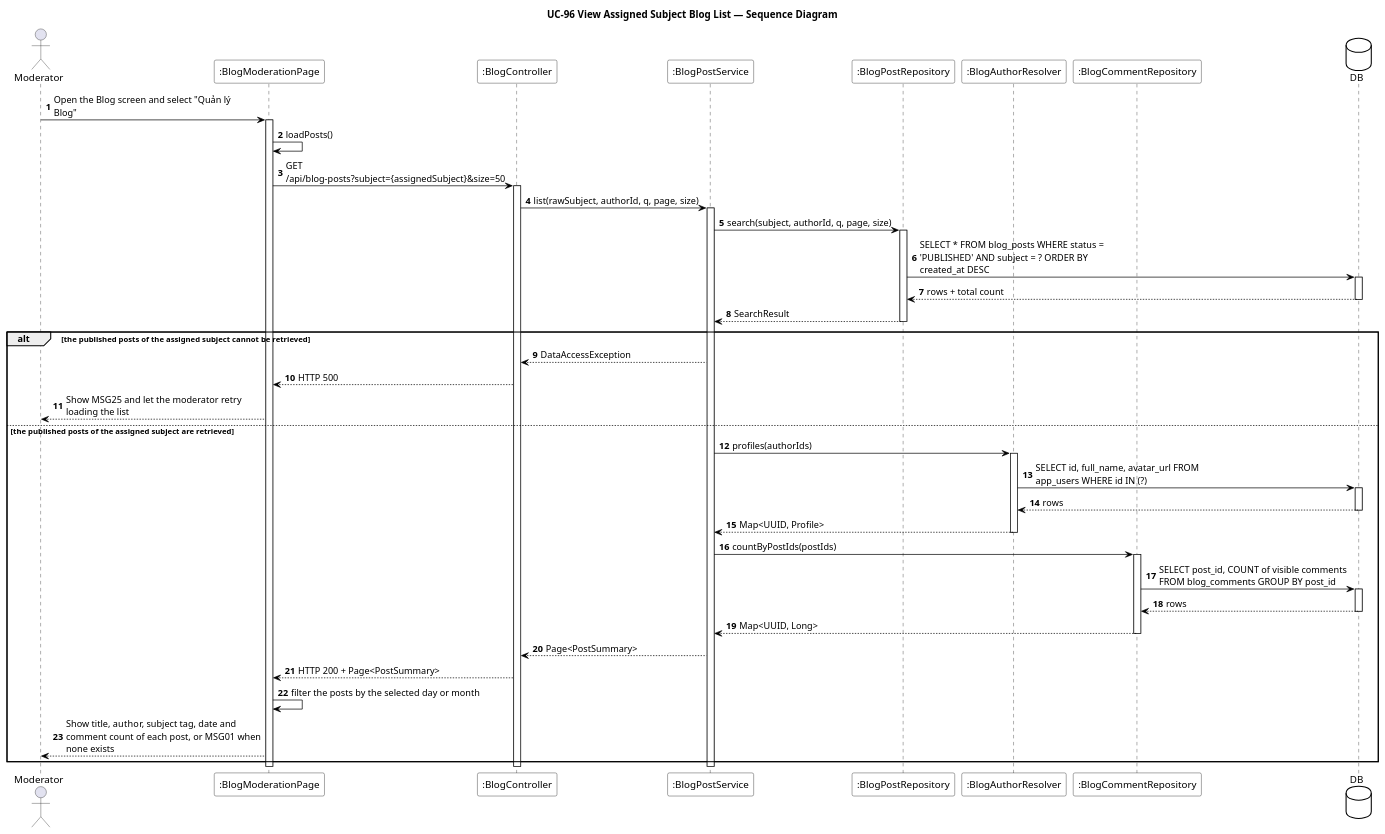
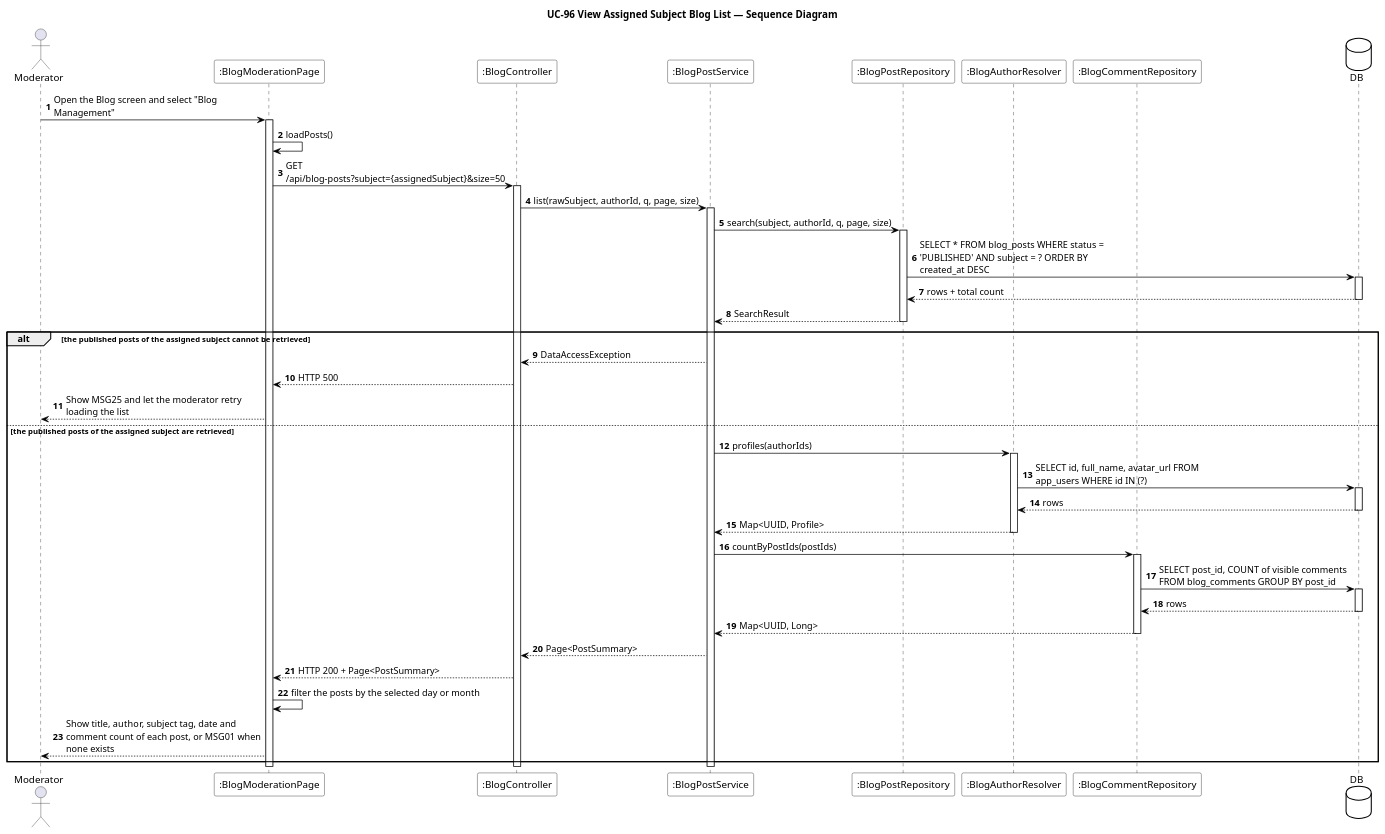
One commit to EduA-system/EduA-system changed the diagram in designs/sds-diagrams/uc96/uc96_sequence.puml. Above: the diagram before and after it, drawn with PlantUML. The commit also changed 482 other files, not shown here.

Commit message:
hình class diagram mới

```diff
--- a/designs/sds-diagrams/uc96/uc96_sequence.puml
+++ b/designs/sds-diagrams/uc96/uc96_sequence.puml
@@ -1,73 +1,73 @@
 @startuml UC-96 View Assigned Subject Blog List - Sequence Diagram
 skinparam defaultFontName "Segoe UI"
 skinparam shadowing false
 skinparam ParticipantBackgroundColor #FFFFFF
 skinparam ParticipantBorderColor #000000
 skinparam DatabaseBackgroundColor #FFFFFF
 skinparam DatabaseBorderColor #000000
 skinparam ArrowColor #000000
 skinparam sequenceMessageAlign left
 skinparam maxMessageSize 280
 title UC-96 View Assigned Subject Blog List — Sequence Diagram
 
 actor Moderator
 participant ":BlogModerationPage" as UI
 participant ":BlogController" as CTL
 participant ":BlogPostService" as SVC
 participant ":BlogPostRepository" as PREPO
 participant ":BlogAuthorResolver" as RES
 participant ":BlogCommentRepository" as CREPO
 database DB
 
 autonumber
-Moderator -> UI : Open the Blog screen and select "Quản lý Blog"
+Moderator -> UI : Open the Blog screen and select "Blog Management"
 activate UI
 UI -> UI : loadPosts()
 UI -> CTL : GET /api/blog-posts?subject={assignedSubject}&size=50
 activate CTL
 CTL -> SVC : list(rawSubject, authorId, q, page, size)
 activate SVC
 
 SVC -> PREPO : search(subject, authorId, q, page, size)
 activate PREPO
 PREPO -> DB : SELECT * FROM blog_posts WHERE status = 'PUBLISHED' AND subject = ? ORDER BY created_at DESC
 activate DB
 DB --> PREPO : rows + total count
 deactivate DB
 PREPO --> SVC : SearchResult
 deactivate PREPO
 
 alt the published posts of the assigned subject cannot be retrieved
   SVC --> CTL : DataAccessException
   CTL --> UI : HTTP 500
   UI --> Moderator : Show MSG25 and let the moderator retry loading the list
 
 else the published posts of the assigned subject are retrieved
   SVC -> RES : profiles(authorIds)
   activate RES
   RES -> DB : SELECT id, full_name, avatar_url FROM app_users WHERE id IN (?)
   activate DB
   DB --> RES : rows
   deactivate DB
   RES --> SVC : Map<UUID, Profile>
   deactivate RES
 
   SVC -> CREPO : countByPostIds(postIds)
   activate CREPO
   CREPO -> DB : SELECT post_id, COUNT of visible comments FROM blog_comments GROUP BY post_id
   activate DB
   DB --> CREPO : rows
   deactivate DB
   CREPO --> SVC : Map<UUID, Long>
   deactivate CREPO
 
   SVC --> CTL : Page<PostSummary>
   CTL --> UI : HTTP 200 + Page<PostSummary>
   UI -> UI : filter the posts by the selected day or month
   UI --> Moderator : Show title, author, subject tag, date and comment count of each post, or MSG01 when none exists
 end
 
 deactivate SVC
 deactivate CTL
 deactivate UI
 @enduml
```
